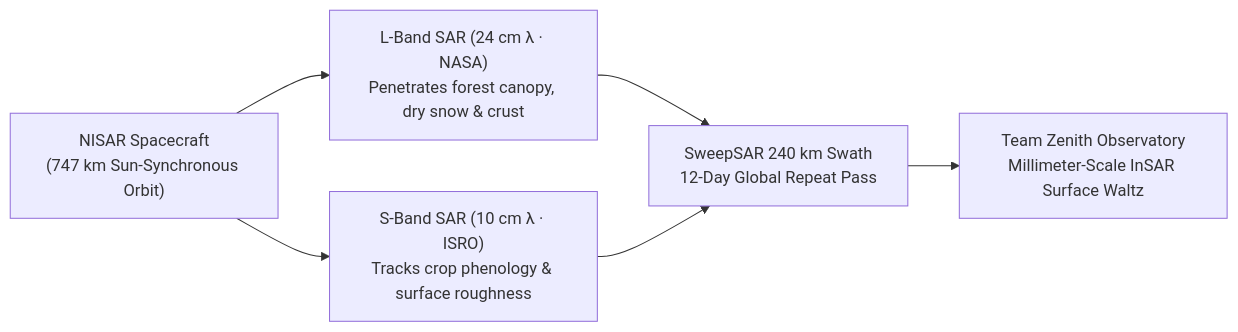
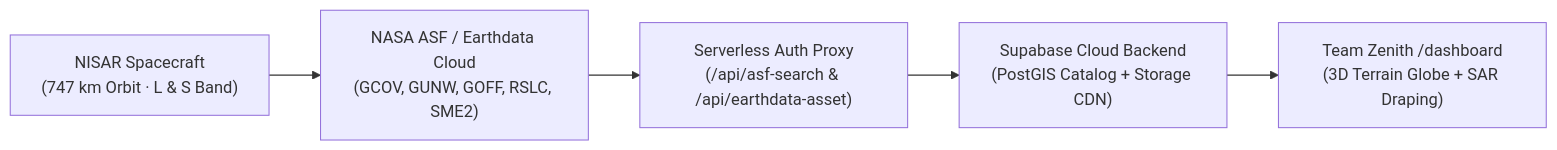
The diagram in README.md (nabil24024004/Team-Zenith-Dancing-With-SARs), drawn with Mermaid before and after one commit. The commit also changed other lines of this file and 21 other files, not shown here.

Commit message:
feat: add EarthHorizonHero component and planetary SAR globe visualization

````diff
--- a/README.md
+++ b/README.md
@@ -45,8 +45,7 @@
 ```mermaid
 flowchart LR
-    A["NISAR Spacecraft\n(747 km Sun-Synchronous Orbit)"] --> B["L-Band SAR (24 cm λ · NASA)\nPenetrates forest canopy, dry snow & crust"]
-    A --> C["S-Band SAR (10 cm λ · ISRO)\nTracks crop phenology & surface roughness"]
-    B --> D["SweepSAR 240 km Swath\n12-Day Global Repeat Pass"]
-    C --> D
-    D --> E["Team Zenith Observatory\nMillimeter-Scale InSAR Surface Waltz"]
+    A["NISAR Spacecraft\n(747 km Orbit · L & S Band)"] --> B["NASA ASF / Earthdata Cloud\n(GCOV, GUNW, GOFF, RSLC, SME2)"]
+    B --> C["Serverless Auth Proxy\n(/api/asf-search & /api/earthdata-asset)"]
+    C --> D["Supabase Cloud Backend\n(PostGIS Catalog + Storage CDN)"]
+    D --> E["Team Zenith /dashboard\n(3D Terrain Globe + SAR Draping)"]
 ```
````
